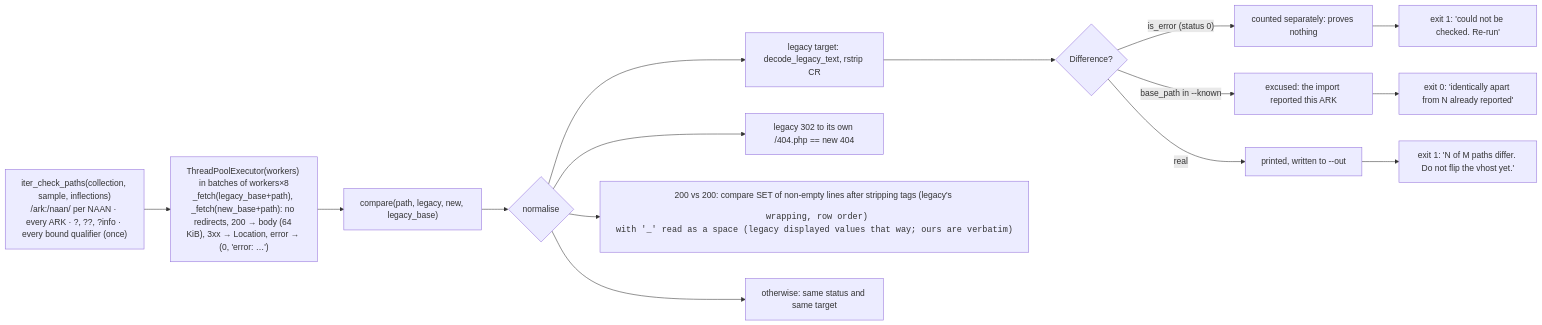
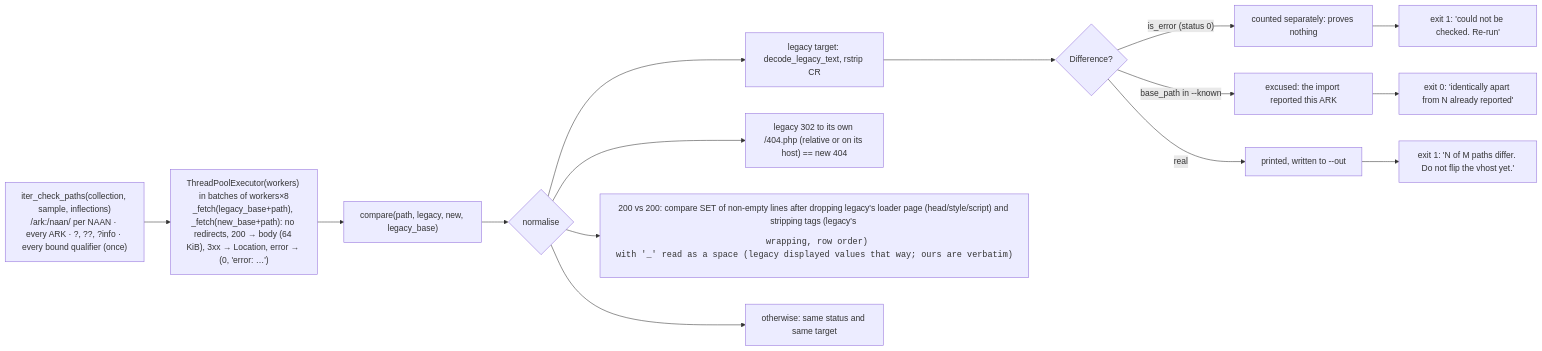
One commit to digitalutsc/arks-service changed diagram 13 of 13 in docs/GUIDES.md. Above: the diagram before and after it, drawn with Mermaid. The commit also changed 3 other files, not shown here.

````diff
--- a/docs/GUIDES.md
+++ b/docs/GUIDES.md
@@ -976,17 +976,17 @@
 ```mermaid
 flowchart LR
     A["iter_check_paths(collection, sample, inflections)<br/>/ark:/naan/ per NAAN · every ARK · ?, ??, ?info · every bound qualifier (once)"] --> B["ThreadPoolExecutor(workers) in batches of workers×8<br/>_fetch(legacy_base+path), _fetch(new_base+path): no redirects, 200 → body (64 KiB), 3xx → Location, error → (0, 'error: …')"]
     B --> C["compare(path, legacy, new, legacy_base)"]
     C --> D{"normalise"}
     D --> D1["legacy target: decode_legacy_text, rstrip CR"]
-    D --> D2["legacy 302 to its own /404.php == new 404"]
-    D --> D3["200 vs 200: compare SET of non-empty lines after stripping tags (legacy's <pre> wrapping, row order)<br/>with '_' read as a space (legacy displayed values that way; ours are verbatim)"]
+    D --> D2["legacy 302 to its own /404.php (relative or on its host) == new 404"]
+    D --> D3["200 vs 200: compare SET of non-empty lines after dropping legacy's loader page (head/style/script) and stripping tags (legacy's <pre> wrapping, row order)<br/>with '_' read as a space (legacy displayed values that way; ours are verbatim)"]
     D --> D4["otherwise: same status and same target"]
     D1 --> E{"Difference?"}
     E -->|"is_error (status 0)"| F["counted separately: proves nothing"]
     E -->|"base_path in --known"| G["excused: the import reported this ARK"]
     E -->|real| H["printed, written to --out"]
     H --> I["exit 1: 'N of M paths differ. Do not flip the vhost yet.'"]
     F --> J["exit 1: 'could not be checked. Re-run'"]
     G --> K["exit 0: 'identically apart from N already reported'"]
 ```
````
